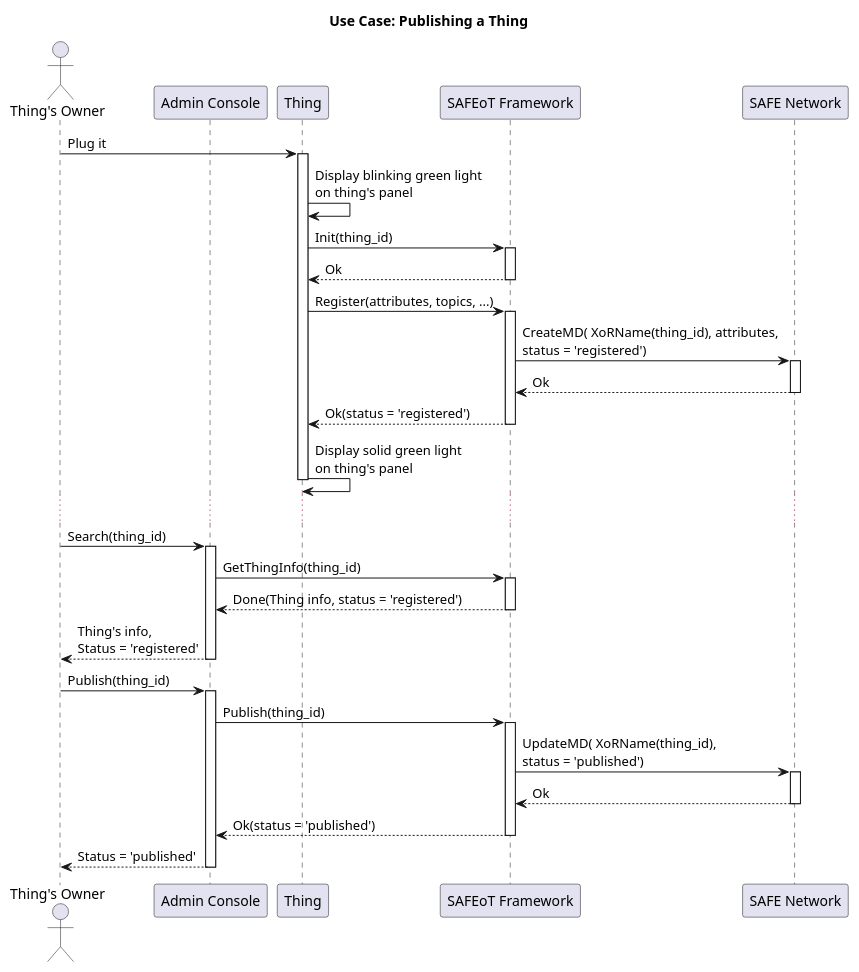
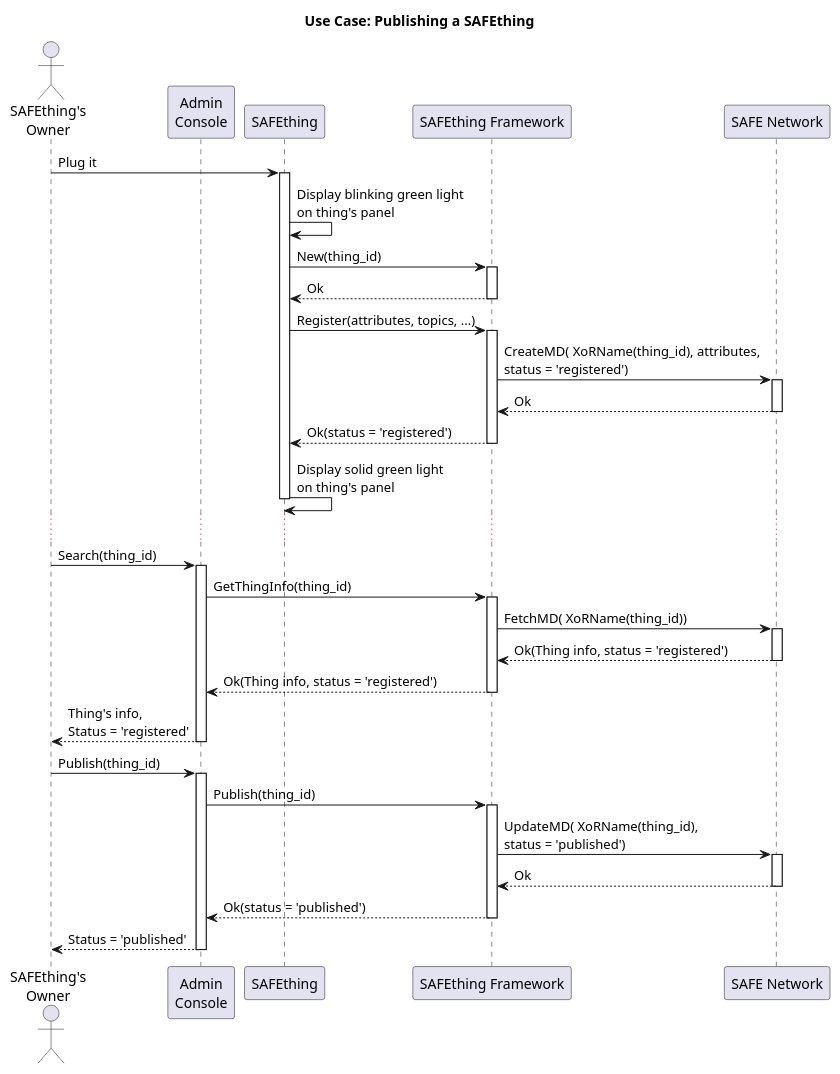
Before and after one commit to bochaco/safe_thing: the diagram in misc/UC_register_and_publish.plantuml, drawn with PlantUML. The commit also changed 19 other files, not shown here.

Commit message:
Renaming from SAFEoT to SAFEthing

```diff
--- a/misc/UC_register_and_publish.plantuml
+++ b/misc/UC_register_and_publish.plantuml
@@ -1,66 +1,72 @@
 @startuml
-title **Use Case: Publishing a Thing**
+title **Use Case: Publishing a SAFEthing**
 
-actor "Thing's Owner" as owner
-participant "Admin Console" as admin
-participant Thing as thing
-participant "SAFEoT Framework" as safeot
+actor "SAFEthing's\nOwner" as owner
+participant "Admin\nConsole" as admin
+participant SAFEthing as thing
+participant "SAFEthing Framework" as framework
 participant "SAFE Network" as safenet
 
 owner -> thing: Plug it
 activate thing
 
 thing -> thing: Display blinking green light\non thing's panel
-thing -> safeot: Init(thing_id)
-activate safeot
+thing -> framework: New(thing_id)
+activate framework
 
-thing <-- safeot: Ok
-deactivate safeot
+thing <-- framework: Ok
+deactivate framework
 
-thing -> safeot: Register(attributes, topics, ...)
-activate safeot
+thing -> framework: Register(attributes, topics, ...)
+activate framework
 
-safeot -> safenet: CreateMD( XoRName(thing_id), attributes,\nstatus = 'registered')
+framework -> safenet: CreateMD( XoRName(thing_id), attributes,\nstatus = 'registered')
 activate safenet
 
-safeot <-- safenet: Ok
+framework <-- safenet: Ok
 deactivate safenet
 
-thing <-- safeot: Ok(status = 'registered')
-deactivate safeot
+thing <-- framework: Ok(status = 'registered')
+deactivate framework
 thing -> thing: Display solid green light\non thing's panel
 deactivate thing
 
 ...
 
 owner -> admin: Search(thing_id)
 activate admin
 
-admin -> safeot: GetThingInfo(thing_id)
-activate safeot
+admin -> framework: GetThingInfo(thing_id)
+activate framework
 
-admin <-- safeot: Done(Thing info, status = 'registered')
-deactivate safeot
+framework -> safenet: FetchMD( XoRName(thing_id))
+activate safenet
+
+framework <-- safenet: Ok(Thing info, status = 'registered')
+deactivate safenet
+
+admin <-- framework: Ok(Thing info, status = 'registered')
+deactivate framework
 
 owner <-- admin: Thing's info,\nStatus = 'registered'
 deactivate admin
 
 owner -> admin: Publish(thing_id)
 activate admin
 
-admin -> safeot: Publish(thing_id)
-activate safeot
+admin -> framework: Publish(thing_id)
+activate framework
 
-safeot -> safenet: UpdateMD( XoRName(thing_id),\nstatus = 'published')
+framework -> safenet: UpdateMD( XoRName(thing_id),\nstatus = 'published')
 activate safenet
 
-safeot <-- safenet: Ok
+framework <-- safenet: Ok
 deactivate safenet
 
-admin <-- safeot: Ok(status = 'published')
-deactivate safeot
+admin <-- framework: Ok(status = 'published')
+deactivate framework
 
 owner <-- admin: Status = 'published'
 deactivate admin
 
 @enduml
```
